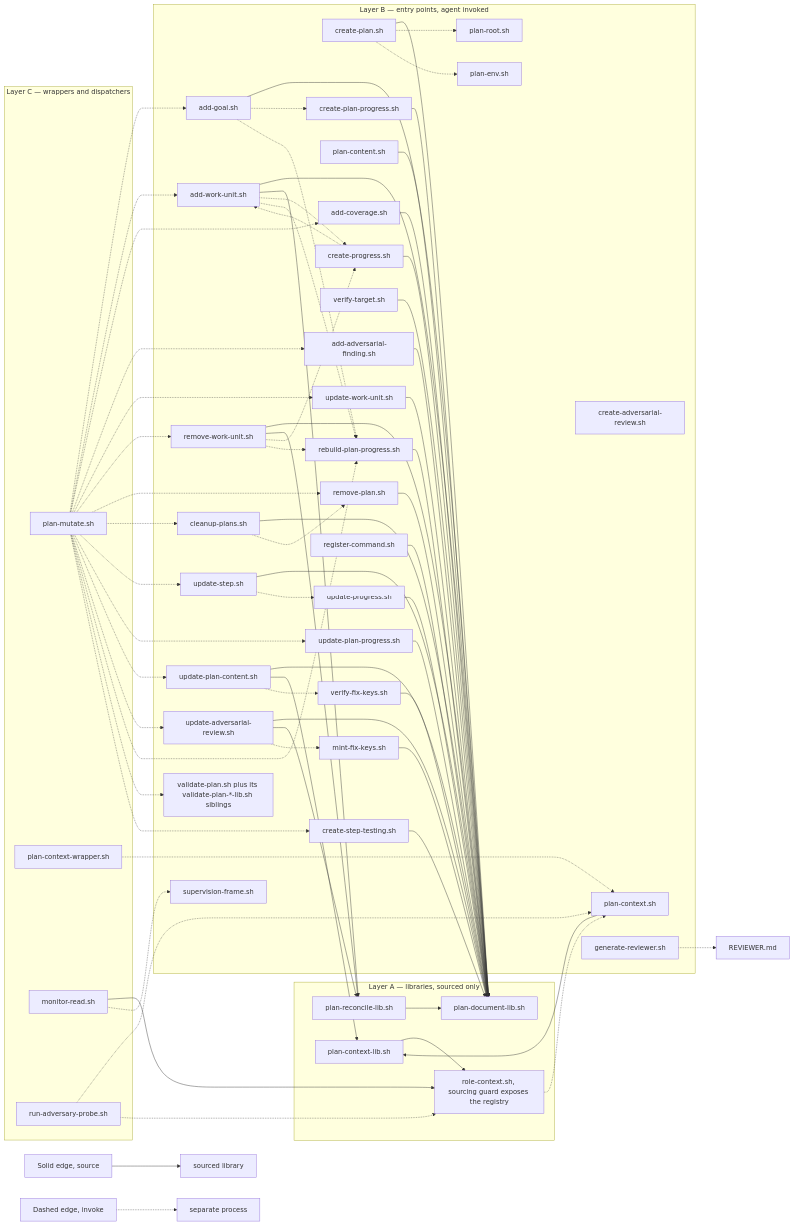
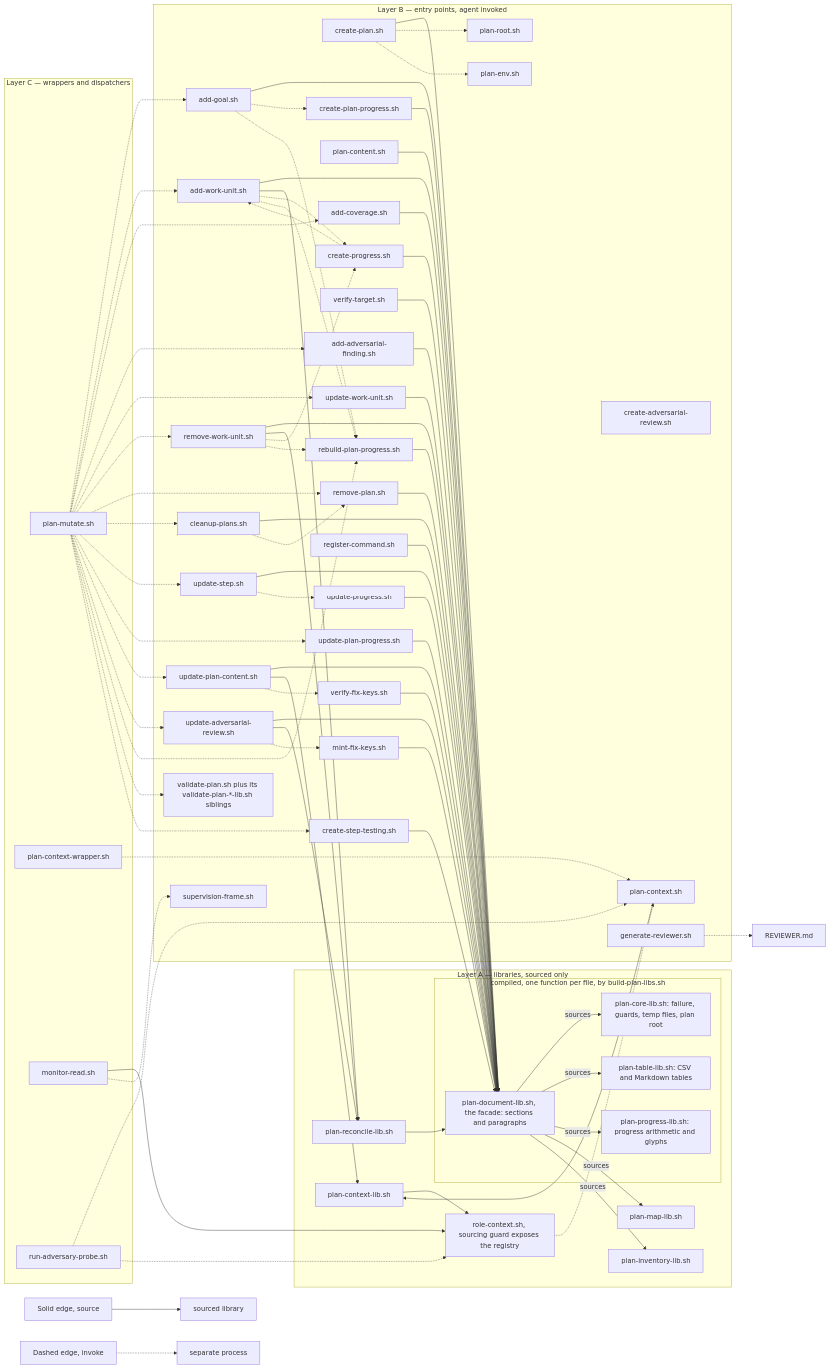
Before and after one commit to tschallacka/ai-skills: the third of 5 diagrams in planning/ARCHITECTURE.md, drawn with Mermaid. The commit also changed 66 other files, not shown here.

First line of the commit message:
libs: one function per file, compiled into four libraries (T4)

````diff
--- a/planning/ARCHITECTURE.md
+++ b/planning/ARCHITECTURE.md
@@ -184,11 +184,24 @@
 ```mermaid
 flowchart LR
     subgraph LIB["Layer A — libraries, sourced only"]
-        PDL["plan-document-lib.sh"]
+        subgraph COMPILED["compiled, one function per file, by build-plan-libs.sh"]
+            PDL["plan-document-lib.sh, the facade: sections and paragraphs"]
+            PCORE["plan-core-lib.sh: failure, guards, temp files, plan root"]
+            PTABLE["plan-table-lib.sh: CSV and Markdown tables"]
+            PPROG["plan-progress-lib.sh: progress arithmetic and glyphs"]
+        end
         PRL["plan-reconcile-lib.sh"]
         PCL["plan-context-lib.sh"]
+        PMAP["plan-map-lib.sh"]
+        PINV["plan-inventory-lib.sh"]
         RCLIB["role-context.sh, sourcing guard exposes the registry"]
     end
+
+    PDL -->|sources| PCORE
+    PDL -->|sources| PTABLE
+    PDL -->|sources| PPROG
+    PDL -->|sources| PMAP
+    PDL -->|sources| PINV
 
     subgraph ENTRY["Layer B — entry points, agent invoked"]
         CREATE["create-plan.sh"]
````
